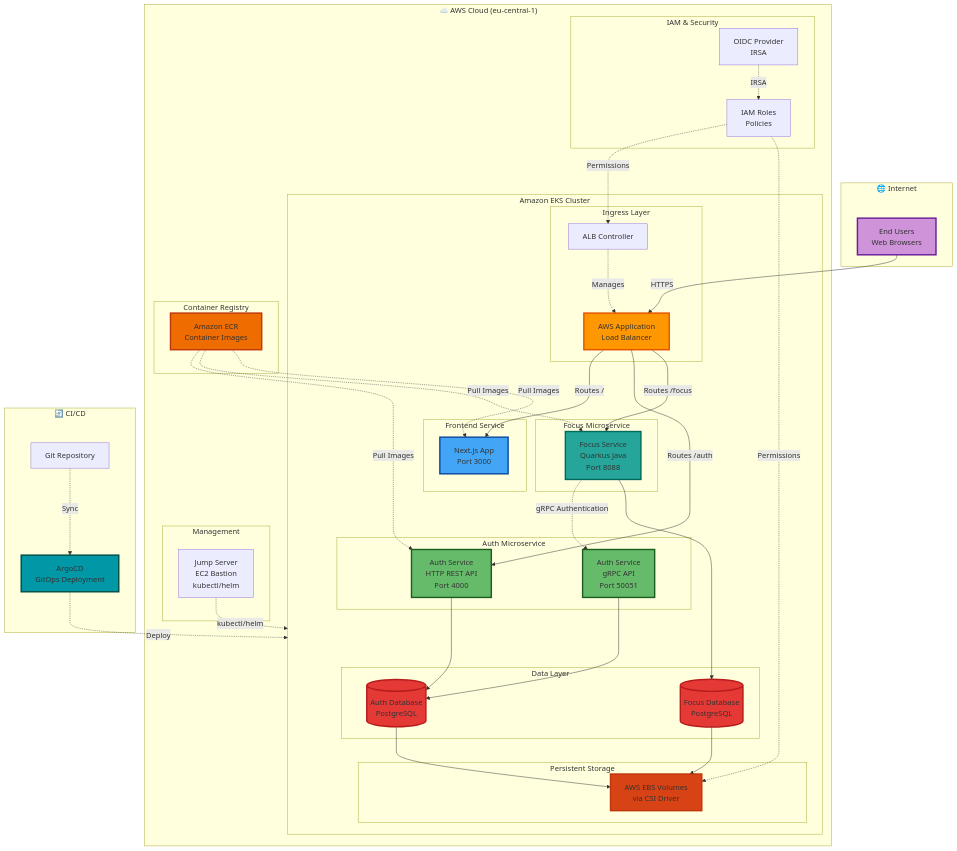
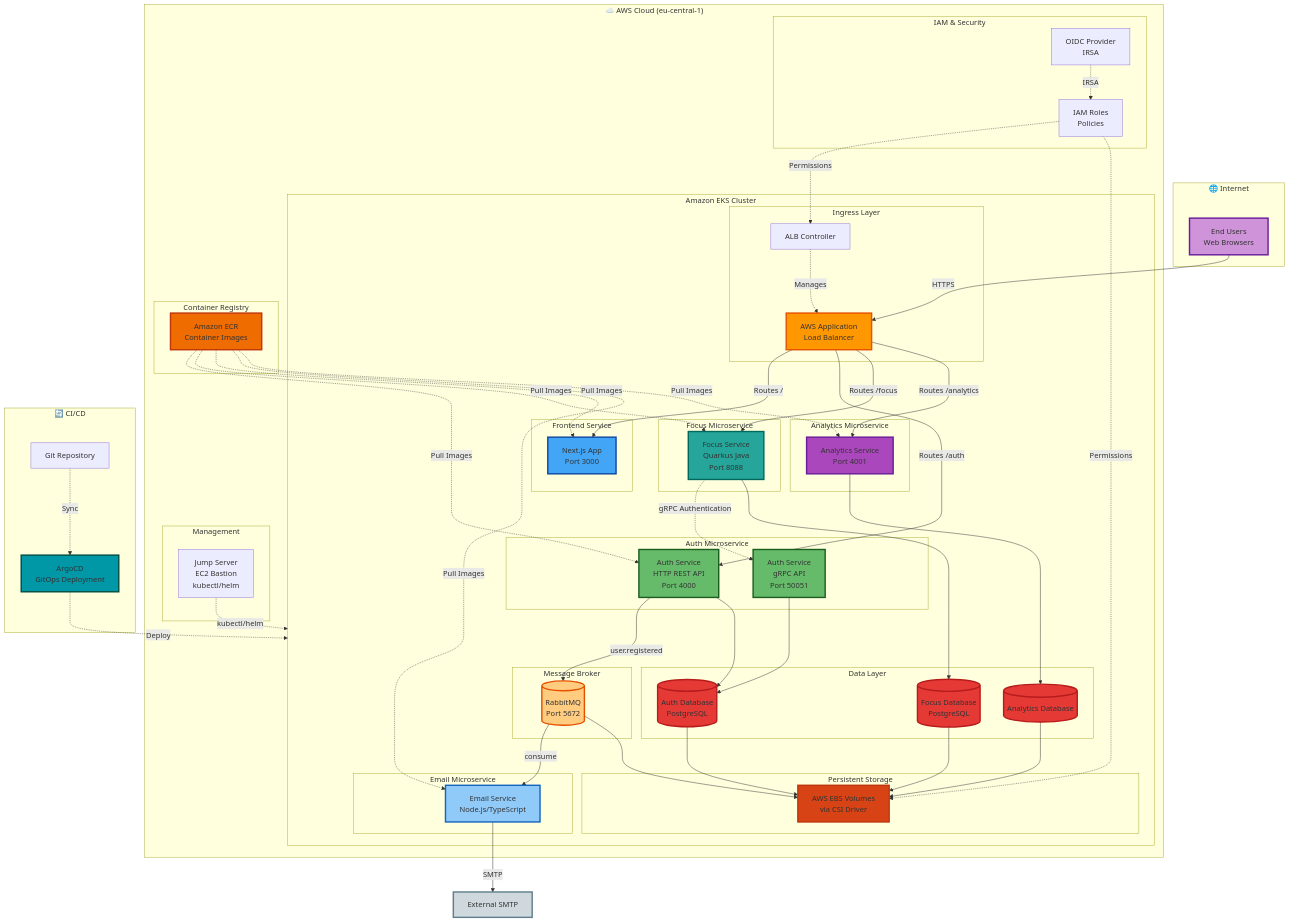
The second of 4 diagrams in architecture.md (CloudNativeDevelopmentTeamH/infra), drawn with Mermaid before and after one commit. The commit also changed other lines of this file and 1 other file, not shown here.

Commit message:
update architecture and vm description

```diff
--- a/architecture.md
+++ b/architecture.md
@@ -28,6 +144,18 @@
                 FocusApp[Focus Service<br/>Quarkus Java<br/>Port 8088]
             end
 
+            subgraph EmailService["Email Microservice"]
+                EmailApp[Email Service<br/>Node.js/TypeScript]
+            end
+
+            subgraph AnalyticsService["Analytics Microservice"]
+                AnalyticsApp[Analytics Service<br/>Port 4001]
+            end
+
+            subgraph MessageBroker["Message Broker"]
+                RabbitMQ[(RabbitMQ<br/>Port 5672)]
+            end
+
             subgraph Storage["Persistent Storage"]
                 EBS[AWS EBS Volumes<br/>via CSI Driver]
             end
@@ -35,6 +163,7 @@
             subgraph Data["Data Layer"]
                 AuthDB[(Auth Database<br/>PostgreSQL)]
                 FocusDB[(Focus Database<br/>PostgreSQL)]
+                AnalyticsDB[(Analytics Database)]
             end
         end
 
@@ -62,22 +191,35 @@
     ALB -->|Routes /| NextJS
     ALB -->|Routes /auth| AuthHTTP
     ALB -->|Routes /focus| FocusApp
+    ALB -->|Routes /analytics| AnalyticsApp
 
     %% Service-to-service communication
     FocusApp -.->|gRPC Authentication| AuthGRPC
+
+    %% Async Communication
+    AuthHTTP -->|user.registered| RabbitMQ
+    RabbitMQ -->|consume| EmailApp
+
+    %% External Services
+    EmailApp -->|SMTP| ExternalSMTP[External SMTP]
 
     %% Data layer
     AuthHTTP --> AuthDB
     AuthGRPC --> AuthDB
     FocusApp --> FocusDB
+    AnalyticsApp --> AnalyticsDB
     AuthDB --> EBS
     FocusDB --> EBS
+    AnalyticsDB --> EBS
+    RabbitMQ --> EBS
 
     %% Infrastructure
     ALBController -.->|Manages| ALB
     ECR -.->|Pull Images| AuthHTTP
     ECR -.->|Pull Images| FocusApp
     ECR -.->|Pull Images| NextJS
+    ECR -.->|Pull Images| EmailApp
+    ECR -.->|Pull Images| AnalyticsApp
     OIDC -.->|IRSA| IAMRoles
     IAMRoles -.->|Permissions| ALBController
     IAMRoles -.->|Permissions| EBS
@@ -95,8 +237,13 @@
     style AuthHTTP fill:#66bb6a,stroke:#1b5e20,stroke-width:3px
     style AuthGRPC fill:#66bb6a,stroke:#1b5e20,stroke-width:3px
     style FocusApp fill:#26a69a,stroke:#00695c,stroke-width:3px
+    style EmailApp fill:#90caf9,stroke:#1565c0,stroke-width:3px
+    style AnalyticsApp fill:#ab47bc,stroke:#6a1b9a,stroke-width:3px
     style AuthDB fill:#e53935,stroke:#b71c1c,stroke-width:3px
     style FocusDB fill:#e53935,stroke:#b71c1c,stroke-width:3px
+    style AnalyticsDB fill:#e53935,stroke:#b71c1c,stroke-width:3px
+    style RabbitMQ fill:#ffcc80,stroke:#e65100,stroke-width:3px
+    style ExternalSMTP fill:#cfd8dc,stroke:#607d8b,stroke-width:3px
     style ECR fill:#ef6c00,stroke:#bf360c,stroke-width:3px
     style EBS fill:#d84315,stroke:#bf360c,stroke-width:3px
     style ArgoCD fill:#0097a7,stroke:#004d40,stroke-width:3px
```
